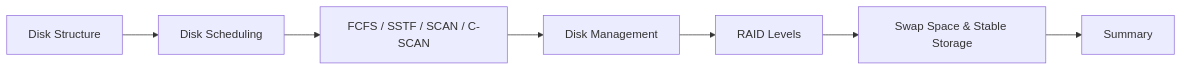
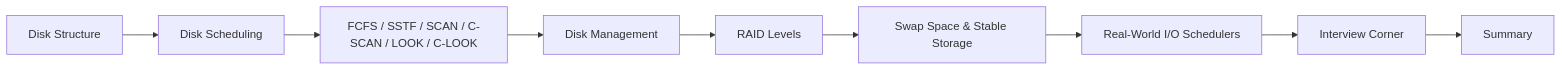
Before and after one commit to Raushan666java/ai-engineering-journey: the diagram in docs/courses/operating-systems/12-secondary-storage.md, drawn with Mermaid. The commit also changed other lines of this file and 17 other files, not shown here.

```diff
--- a/docs/courses/operating-systems/12-secondary-storage.md
+++ b/docs/courses/operating-systems/12-secondary-storage.md
@@ -29,9 +32,11 @@
 <div class="mermaid">
 flowchart LR
     A[Disk Structure] --> B[Disk Scheduling]
-    B --> C[FCFS / SSTF / SCAN / C-SCAN]
+    B --> C[FCFS / SSTF / SCAN / C-SCAN / LOOK / C-LOOK]
     C --> D[Disk Management]
     D --> E[RAID Levels]
     E --> F[Swap Space & Stable Storage]
-    F --> G[Summary]
+    F --> G[Real-World I/O Schedulers]
+    G --> H[Interview Corner]
+    H --> I[Summary]
 </div>
```
